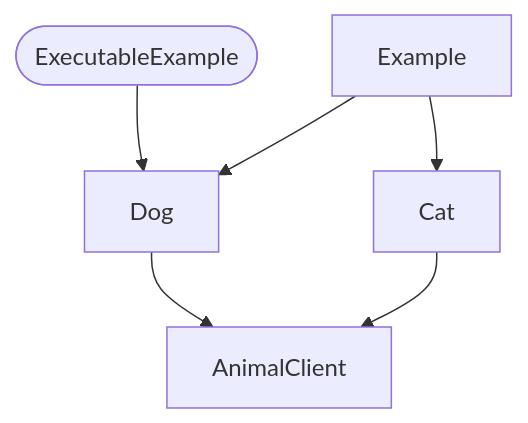
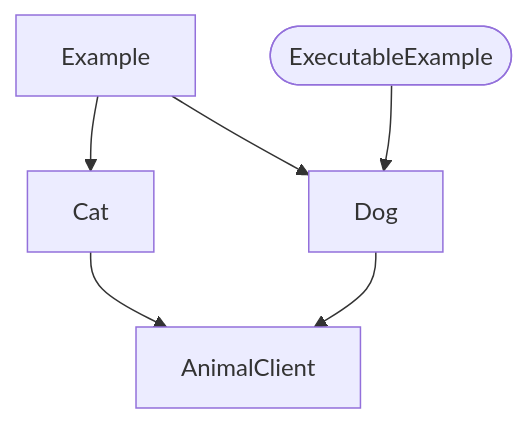
The third of 6 diagrams in README.md (daikimat/depermaid), drawn with Mermaid before and after one commit. The commit also changed other lines of this file and 3 other files, not shown here.

````diff
--- a/README.md
+++ b/README.md
@@ -74,13 +75,13 @@
 ```mermaid
 flowchart TD
-    ExecutableExample([ExecutableExample])
-    ExecutableExample-->Dog
+    AnimalClient
+    Cat
+    Cat-->AnimalClient
+    Dog
+    Dog-->AnimalClient
     Example
     Example-->Cat
     Example-->Dog
-    Dog
-    Dog-->AnimalClient
-    Cat
-    Cat-->AnimalClient
-    AnimalClient
+    ExecutableExample([ExecutableExample])
+    ExecutableExample([ExecutableExample])-->Dog
 ```
````
